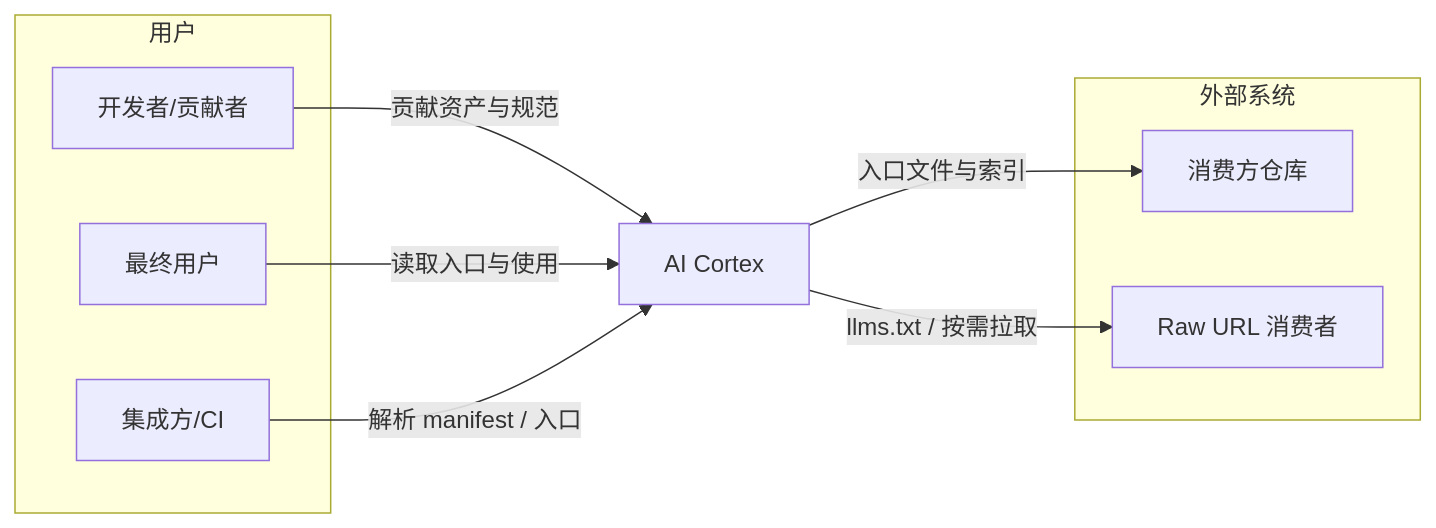
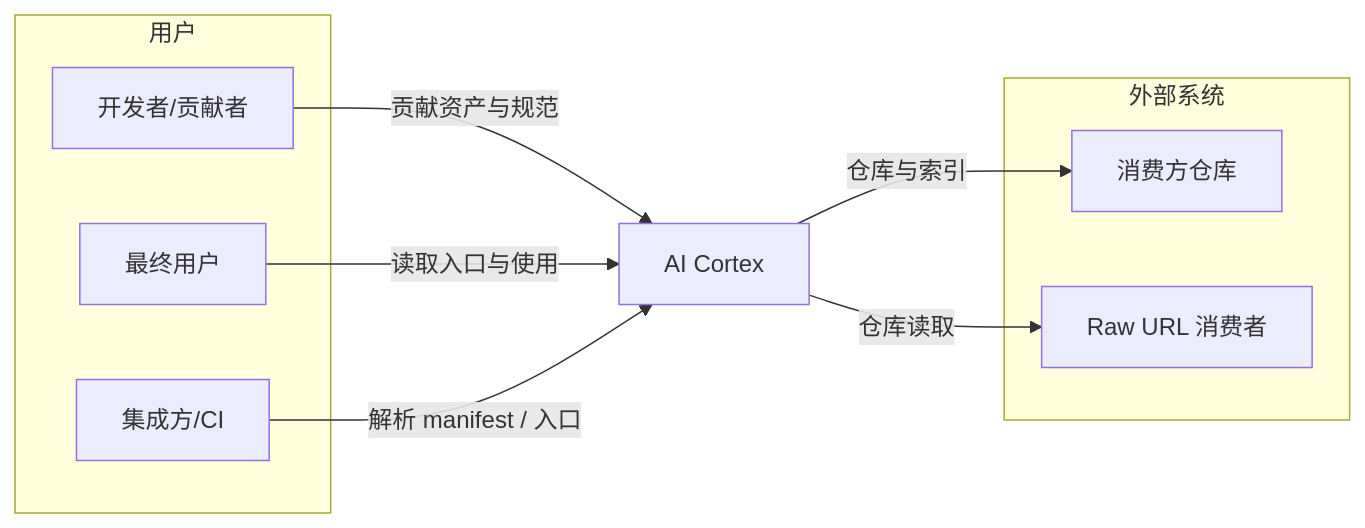
Before and after one commit to nesnilnehc/ai-cortex: the first of 2 diagrams in docs/architecture.md, drawn with Mermaid. The commit also changed other lines of this file and 23 other files, not shown here.

````diff
--- a/docs/architecture.md
+++ b/docs/architecture.md
@@ -20,18 +19,18 @@
 ```mermaid
 flowchart LR
   subgraph users [用户]
     Dev[开发者/贡献者]
     EndUser[最终用户]
     Integrator[集成方/CI]
   end
   Cortex[AI Cortex]
   subgraph external [外部系统]
     ConsumerRepo[消费方仓库]
     RawURL[Raw URL 消费者]
   end
   Dev -->|贡献资产与规范| Cortex
   EndUser -->|读取入口与使用| Cortex
   Integrator -->|解析 manifest / 入口| Cortex
-  Cortex -->|入口文件与索引| ConsumerRepo
-  Cortex -->|llms.txt / 按需拉取| RawURL
+  Cortex -->|仓库与索引| ConsumerRepo
+  Cortex -->|仓库读取| RawURL
 ```
````
